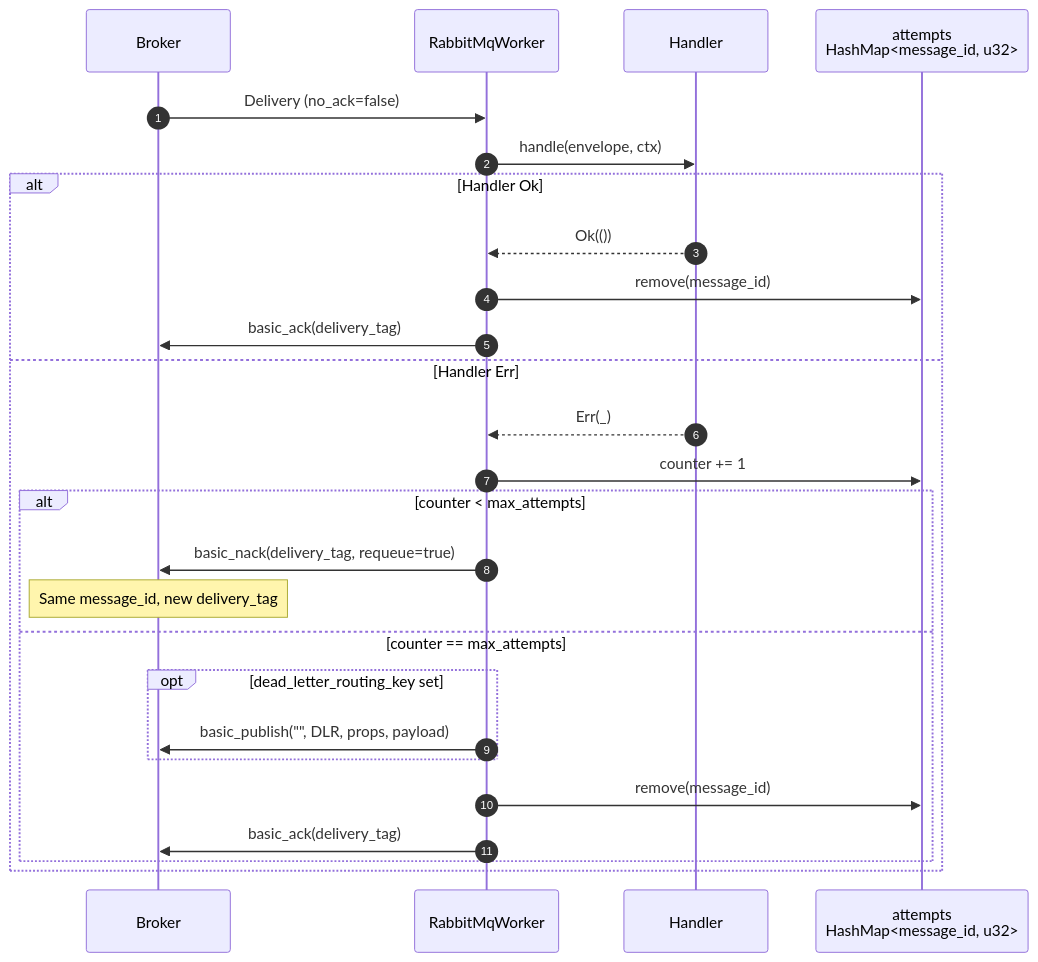
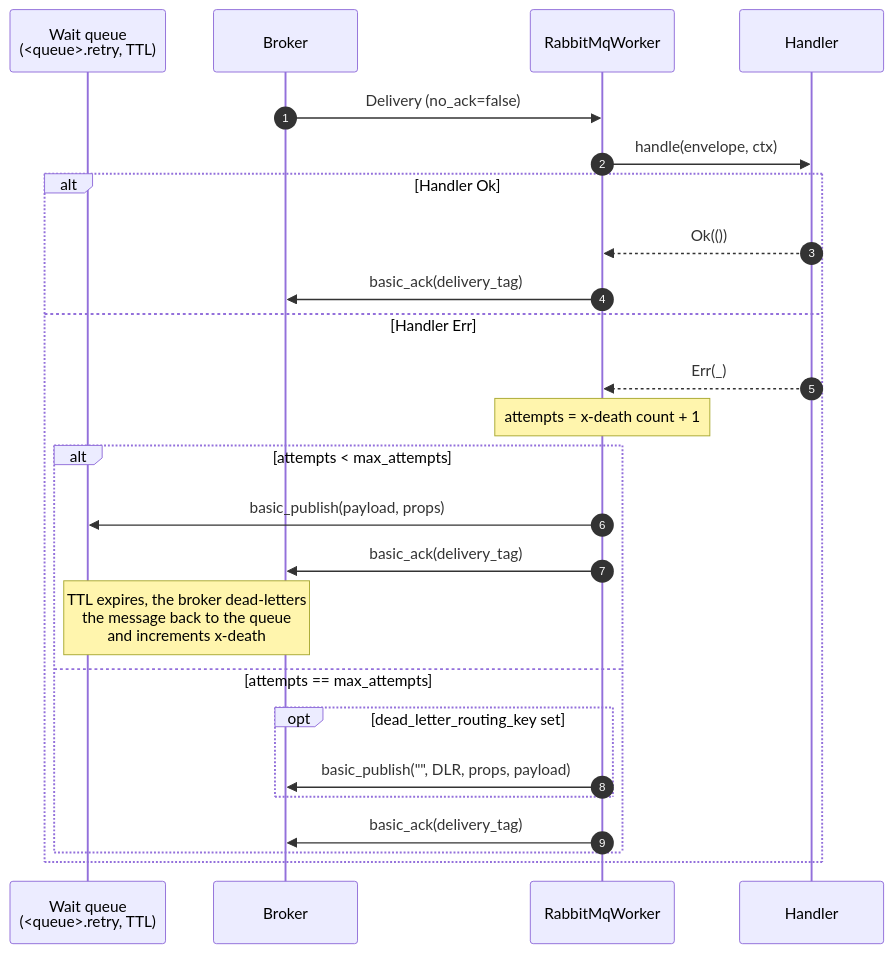
Before and after one commit to nubster-opensources/hexeract: the first of 3 diagrams in docs/concepts/ack-modes.md, drawn with Mermaid. The commit also changed other lines of this file and 4 other files, not shown here.

````diff
--- a/docs/concepts/ack-modes.md
+++ b/docs/concepts/ack-modes.md
@@ -15,30 +15,29 @@
 ```mermaid
 sequenceDiagram
     autonumber
+    participant WaitQ as Wait queue<br/>(<queue>.retry, TTL)
     participant Broker
     participant Worker as RabbitMqWorker
     participant Handler
-    participant Counter as attempts<br/>HashMap<message_id, u32>
 
     Broker->>Worker: Delivery (no_ack=false)
     Worker->>Handler: handle(envelope, ctx)
 
     alt Handler Ok
         Handler-->>Worker: Ok(())
-        Worker->>Counter: remove(message_id)
         Worker->>Broker: basic_ack(delivery_tag)
     else Handler Err
         Handler-->>Worker: Err(_)
-        Worker->>Counter: counter += 1
-        alt counter < max_attempts
-            Worker->>Broker: basic_nack(delivery_tag, requeue=true)
-            Note over Broker: Same message_id, new delivery_tag
-        else counter == max_attempts
+        Note over Worker: attempts = x-death count + 1
+        alt attempts < max_attempts
+            Worker->>WaitQ: basic_publish(payload, props)
+            Worker->>Broker: basic_ack(delivery_tag)
+            Note over WaitQ,Broker: TTL expires, the broker dead-letters<br/>the message back to the queue<br/>and increments x-death
+        else attempts == max_attempts
             opt dead_letter_routing_key set
                 Worker->>Broker: basic_publish("", DLR, props, payload)
             end
-            Worker->>Counter: remove(message_id)
             Worker->>Broker: basic_ack(delivery_tag)
         end
     end
 ```
````
